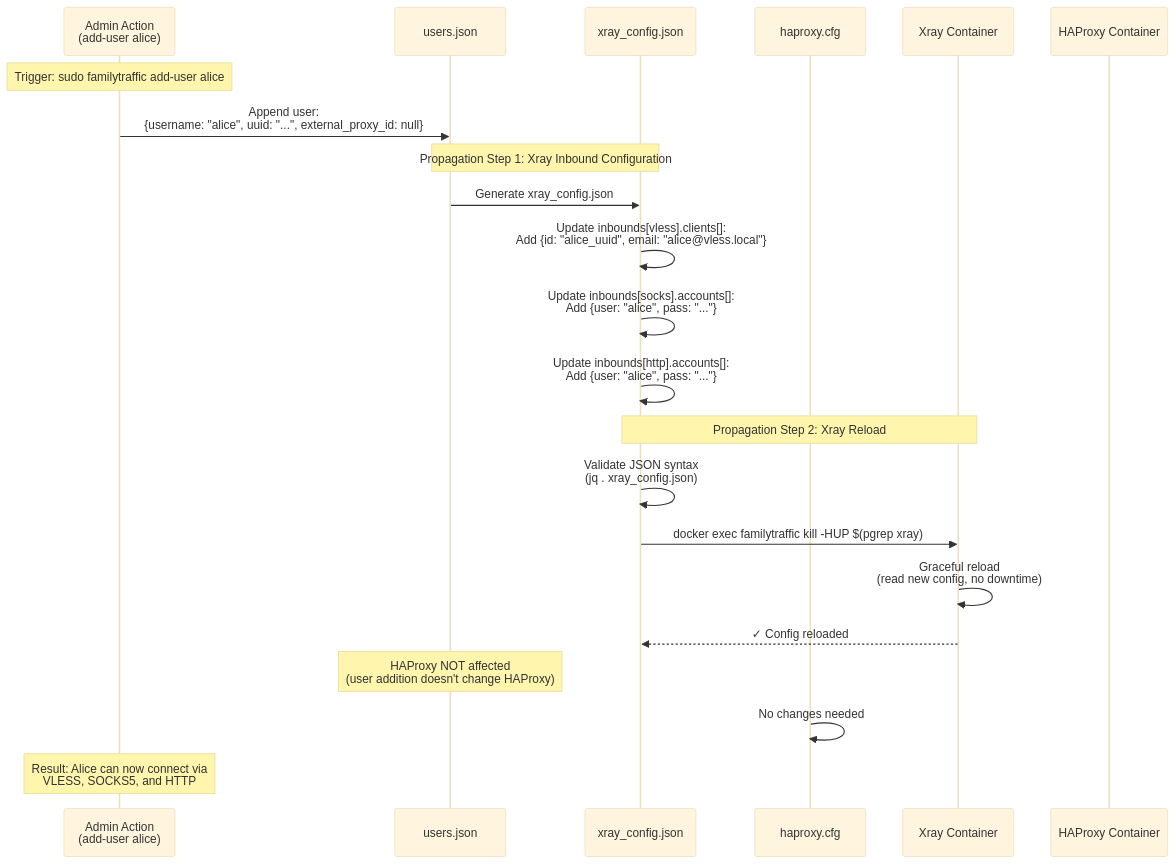
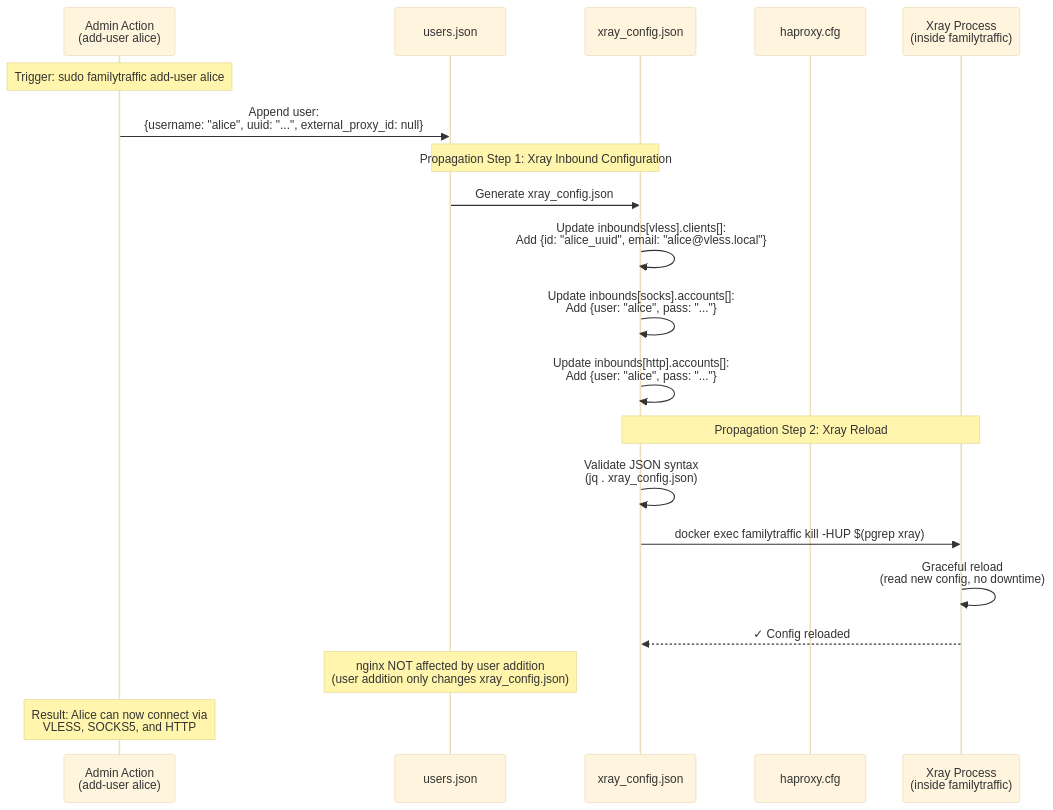
One commit to ikeniborn/vless changed the first of 8 diagrams in docs/architecture/diagrams/sequences/config-update.md. Above: the diagram before and after it, drawn with Mermaid (base theme). The commit also changed other lines of this file and 24 other files, not shown here.

````diff
--- a/docs/architecture/diagrams/sequences/config-update.md
+++ b/docs/architecture/diagrams/sequences/config-update.md
@@ -19,33 +20,30 @@
 ```mermaid
 sequenceDiagram
     participant UserAction as Admin Action<br/>(add-user alice)
     participant UsersDB as users.json
     participant XrayConfig as xray_config.json
     participant HAProxyConfig as haproxy.cfg
-    participant Xray as Xray Container
-    participant HAProxy as HAProxy Container
+    participant Xray as Xray Process<br/>(inside familytraffic)
 
     Note over UserAction: Trigger: sudo familytraffic add-user alice
 
     UserAction->>UsersDB: Append user:<br/>{username: "alice", uuid: "...", external_proxy_id: null}
 
     Note over UsersDB,XrayConfig: Propagation Step 1: Xray Inbound Configuration
 
     UsersDB->>XrayConfig: Generate xray_config.json
     XrayConfig->>XrayConfig: Update inbounds[vless].clients[]:<br/>Add {id: "alice_uuid", email: "alice@vless.local"}
     XrayConfig->>XrayConfig: Update inbounds[socks].accounts[]:<br/>Add {user: "alice", pass: "..."}
     XrayConfig->>XrayConfig: Update inbounds[http].accounts[]:<br/>Add {user: "alice", pass: "..."}
 
     Note over XrayConfig,Xray: Propagation Step 2: Xray Reload
 
     XrayConfig->>XrayConfig: Validate JSON syntax<br/>(jq . xray_config.json)
     XrayConfig->>Xray: docker exec familytraffic kill -HUP $(pgrep xray)
     Xray->>Xray: Graceful reload<br/>(read new config, no downtime)
     Xray-->>XrayConfig: ✓ Config reloaded
 
-    Note over UsersDB: HAProxy NOT affected<br/>(user addition doesn't change HAProxy)
-
-    HAProxyConfig->>HAProxyConfig: No changes needed
+    Note over UsersDB: nginx NOT affected by user addition<br/>(user addition only changes xray_config.json)
 
     Note over UserAction: Result: Alice can now connect via<br/>VLESS, SOCKS5, and HTTP
 ```
````
